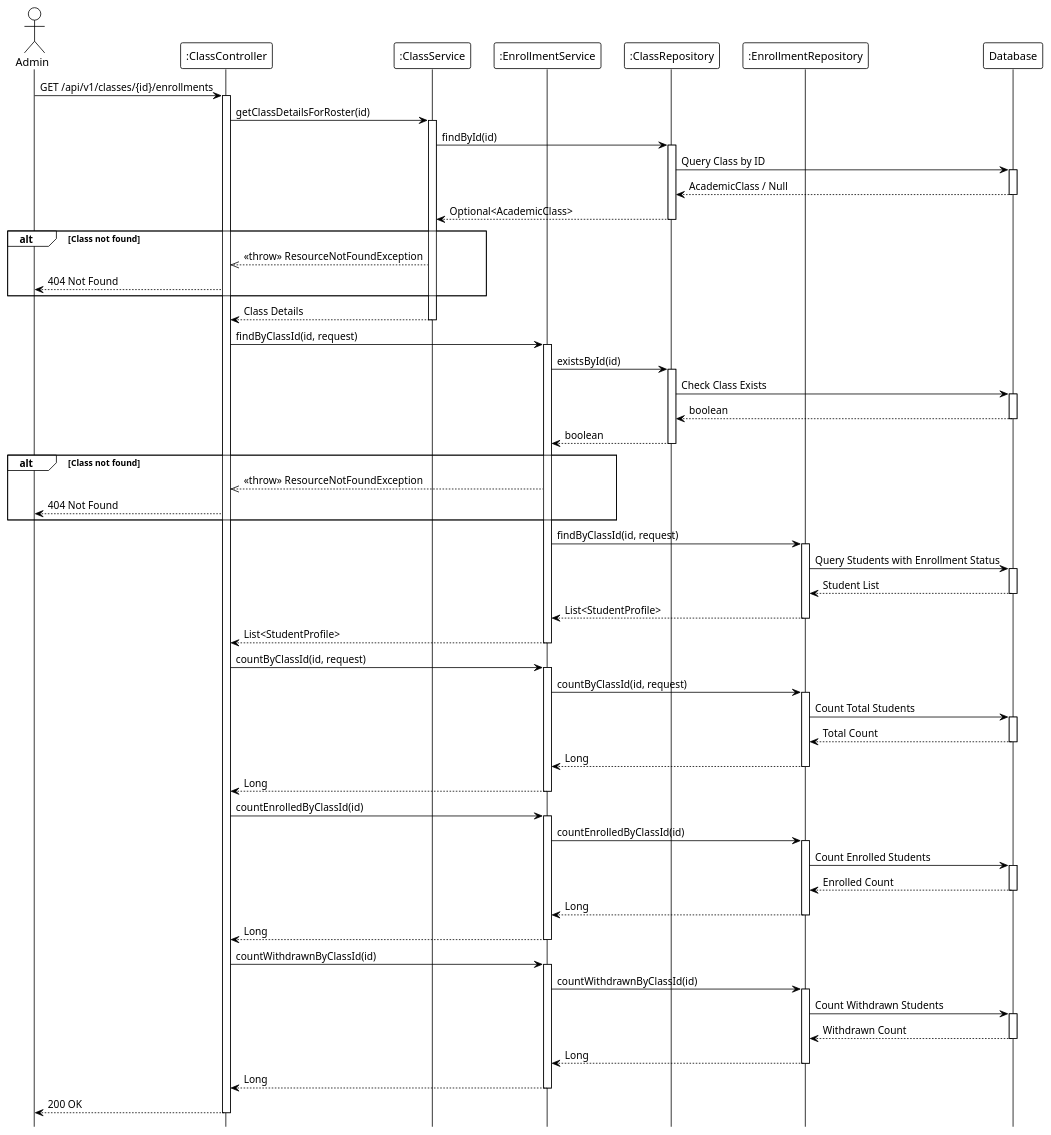
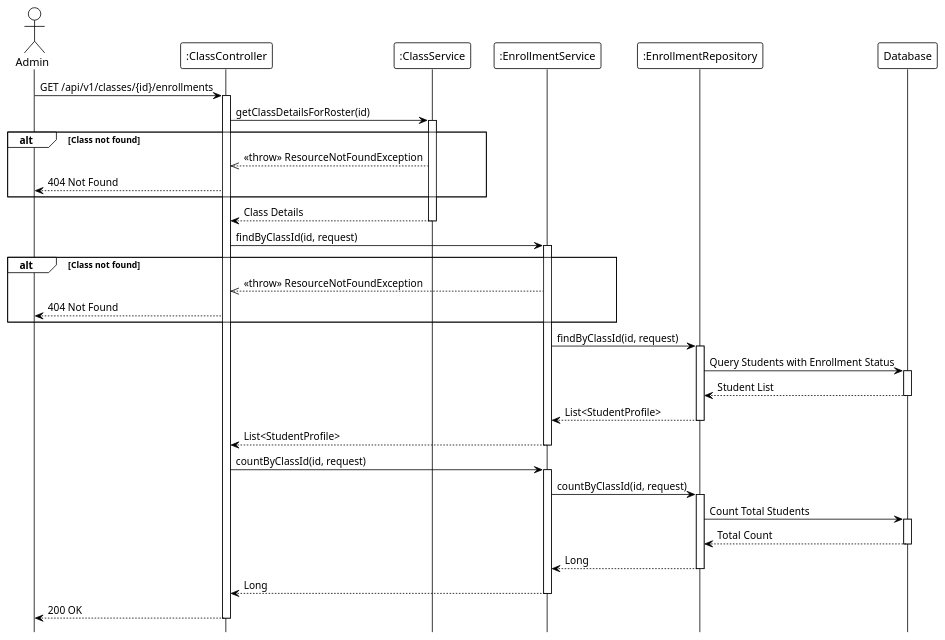
The diagram in system_detailed_design/29_view_class_students/sequence_diagram_view_class_students.puml (Ndh474/context), drawn with PlantUML before and after one commit. The commit also changed 17 other files, not shown here.

```diff
--- a/system_detailed_design/29_view_class_students/sequence_diagram_view_class_students.puml
+++ b/system_detailed_design/29_view_class_students/sequence_diagram_view_class_students.puml
@@ -1,133 +1,79 @@
 @startuml view_class_students
 !theme plain
 hide footbox
 
 actor Admin
 participant ":ClassController" as Controller
 participant ":ClassService" as ClassService
 participant ":EnrollmentService" as EnrollmentService
-participant ":ClassRepository" as ClassRepo
-participant ":EnrollmentRepository" as EnrollmentRepo
+participant ":EnrollmentRepository" as Repository
 participant "Database" as DB
 
 ' --- MAIN FLOW ---
 Admin -> Controller: GET /api/v1/classes/{id}/enrollments
 activate Controller
 
 ' --- GET CLASS DETAILS ---
 Controller -> ClassService: getClassDetailsForRoster(id)
 activate ClassService
 
-ClassService -> ClassRepo: findById(id)
-activate ClassRepo
-
-ClassRepo -> DB: Query Class by ID
-activate DB
-DB --> ClassRepo: AcademicClass / Null
-deactivate DB
-
-ClassRepo --> ClassService: Optional<AcademicClass>
-deactivate ClassRepo
+' Class validation (internal)
 
 alt Class not found
     ClassService -->> Controller: <<throw>> ResourceNotFoundException
     Controller --> Admin: 404 Not Found
 end
 
 ClassService --> Controller: Class Details
 deactivate ClassService
 
 ' --- GET STUDENTS LIST ---
 Controller -> EnrollmentService: findByClassId(id, request)
 activate EnrollmentService
 
-EnrollmentService -> ClassRepo: existsById(id)
-activate ClassRepo
-
-ClassRepo -> DB: Check Class Exists
-activate DB
-DB --> ClassRepo: boolean
-deactivate DB
-
-ClassRepo --> EnrollmentService: boolean
-deactivate ClassRepo
+' Class validation (internal)
 
 alt Class not found
     EnrollmentService -->> Controller: <<throw>> ResourceNotFoundException
     Controller --> Admin: 404 Not Found
 end
 
-EnrollmentService -> EnrollmentRepo: findByClassId(id, request)
-activate EnrollmentRepo
+EnrollmentService -> Repository: findByClassId(id, request)
+activate Repository
 
-EnrollmentRepo -> DB: Query Students with Enrollment Status
+Repository -> DB: Query Students with Enrollment Status
 activate DB
-DB --> EnrollmentRepo: Student List
+DB --> Repository: Student List
 deactivate DB
 
-EnrollmentRepo --> EnrollmentService: List<StudentProfile>
-deactivate EnrollmentRepo
+Repository --> EnrollmentService: List<StudentProfile>
+deactivate Repository
 
 EnrollmentService --> Controller: List<StudentProfile>
 deactivate EnrollmentService
 
-' --- COUNT TOTAL ---
+' Count queries (internal: total, enrolled, withdrawn)
+
 Controller -> EnrollmentService: countByClassId(id, request)
 activate EnrollmentService
 
-EnrollmentService -> EnrollmentRepo: countByClassId(id, request)
-activate EnrollmentRepo
+EnrollmentService -> Repository: countByClassId(id, request)
+activate Repository
 
-EnrollmentRepo -> DB: Count Total Students
+Repository -> DB: Count Total Students
 activate DB
-DB --> EnrollmentRepo: Total Count
+DB --> Repository: Total Count
 deactivate DB
 
-EnrollmentRepo --> EnrollmentService: Long
-deactivate EnrollmentRepo
-
-EnrollmentService --> Controller: Long
-deactivate EnrollmentService
-
-' --- COUNT ENROLLED ---
-Controller -> EnrollmentService: countEnrolledByClassId(id)
-activate EnrollmentService
-
-EnrollmentService -> EnrollmentRepo: countEnrolledByClassId(id)
-activate EnrollmentRepo
-
-EnrollmentRepo -> DB: Count Enrolled Students
-activate DB
-DB --> EnrollmentRepo: Enrolled Count
-deactivate DB
-
-EnrollmentRepo --> EnrollmentService: Long
-deactivate EnrollmentRepo
-
-EnrollmentService --> Controller: Long
-deactivate EnrollmentService
-
-' --- COUNT WITHDRAWN ---
-Controller -> EnrollmentService: countWithdrawnByClassId(id)
-activate EnrollmentService
-
-EnrollmentService -> EnrollmentRepo: countWithdrawnByClassId(id)
-activate EnrollmentRepo
-
-EnrollmentRepo -> DB: Count Withdrawn Students
-activate DB
-DB --> EnrollmentRepo: Withdrawn Count
-deactivate DB
-
-EnrollmentRepo --> EnrollmentService: Long
-deactivate EnrollmentRepo
+Repository --> EnrollmentService: Long
+deactivate Repository
 
 EnrollmentService --> Controller: Long
 deactivate EnrollmentService
 
 ' Build roster response (internal)
 
 Controller --> Admin: 200 OK
 deactivate Controller
 
 @enduml
```
